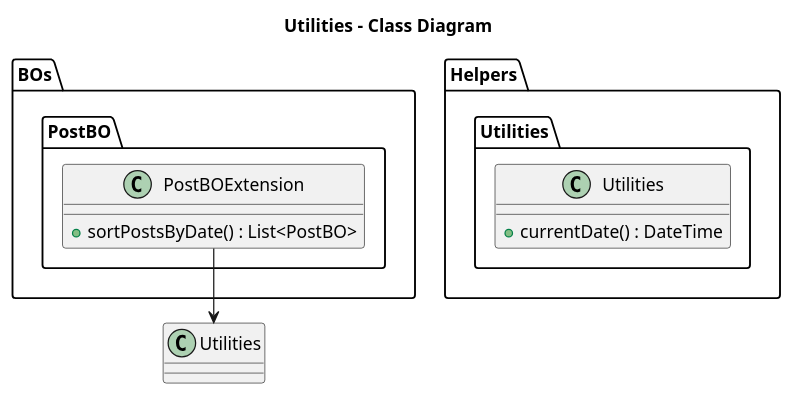
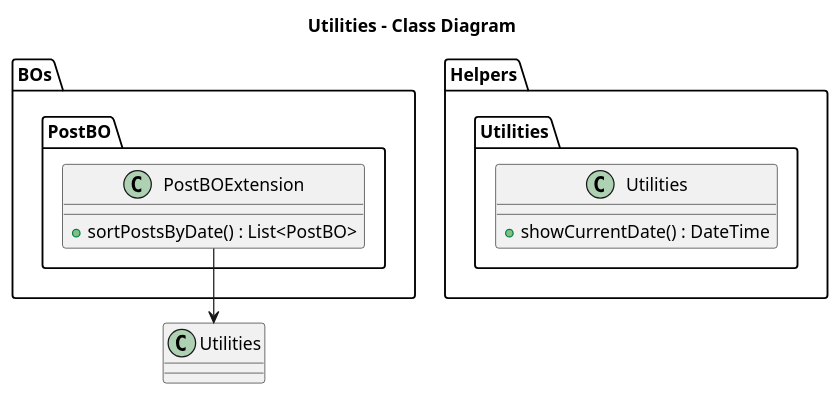
One commit to ThirumuruganArumugam/social_media changed the diagram in lib/Helpers/Utitilites/Design/Utilities-Class.puml. Above: the diagram before and after it, drawn with PlantUML. The commit also changed 34 other files, not shown here.

Commit message:
Sequence update

```diff
--- a/lib/Helpers/Utitilites/Design/Utilities-Class.puml
+++ b/lib/Helpers/Utitilites/Design/Utilities-Class.puml
@@ -1,21 +1,21 @@
 @startuml Utilities - Class Diagram
 
 title **Utilities - Class Diagram**
 
 package Helpers{
     package Utilities{
         class Utilities{
-            + currentDate() : DateTime
+            + showCurrentDate() : DateTime
         }
     }
 }
 
 package BOs{
     package PostBO{
         class PostBOExtension{
             + sortPostsByDate() : List<PostBO>
         }
     }
 }
 PostBOExtension --> Utilities
 @enduml
```
